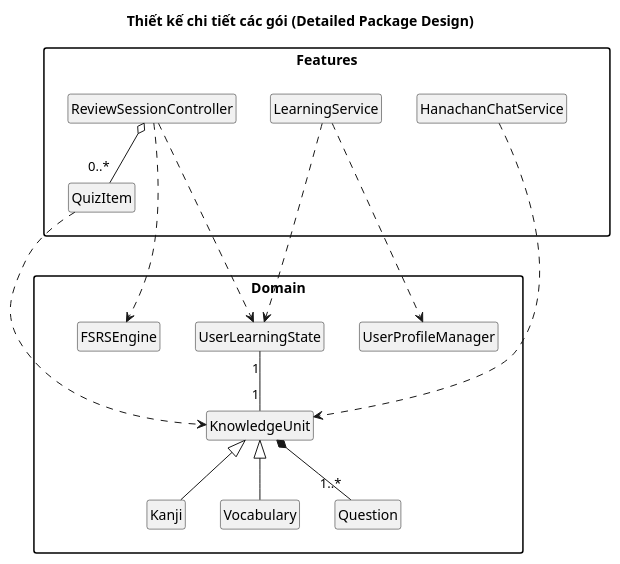
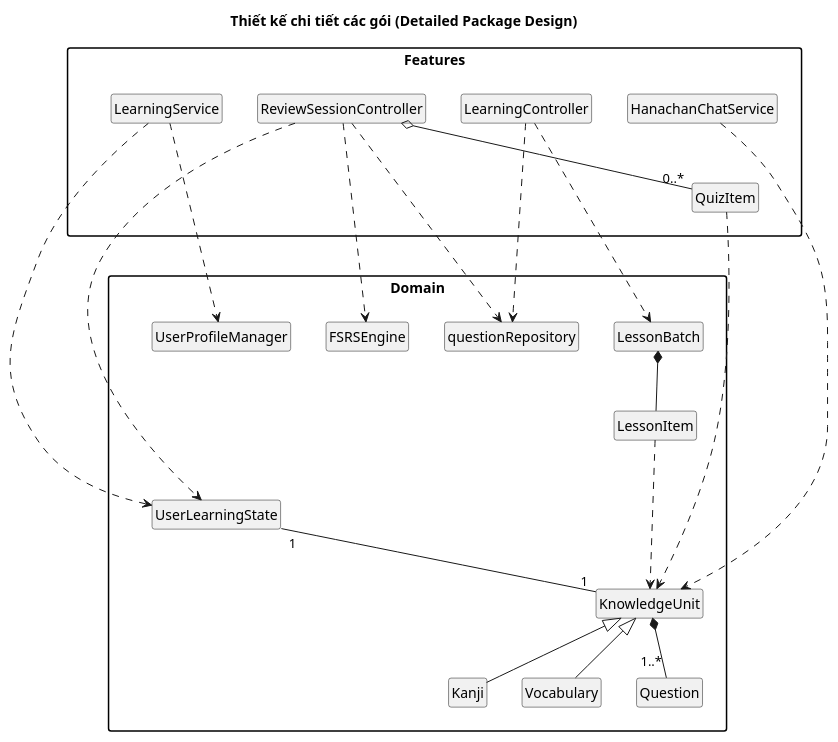
Before and after one commit to anhtranguyen-github/Hanachan: the diagram in docs/uml-package/detailed-design.md, drawn with PlantUML. The commit also changed 20 other files, not shown here.

First line of the commit message:
docs(arch): update ER and package diagrams for Hanachan v2

```diff
--- a/docs/uml-package/detailed-design.md
+++ b/docs/uml-package/detailed-design.md
@@ -1,48 +1,57 @@
 @startuml
 title Thiết kế chi tiết các gói (Detailed Package Design)
 top to bottom direction
 skinparam packageStyle rectangle
 skinparam shadowing false
 hide circle
 hide members
 
 ' Tầng Features
 package "Features" {
     class ReviewSessionController
+    class LearningController
     class LearningService
     class HanachanChatService
     class QuizItem
 }
 
 ' Tầng Domain
 package "Domain" {
     class KnowledgeUnit
     class Kanji
     class Vocabulary
     class Question
     class FSRSEngine
     class UserLearningState
+    class LessonBatch
+    class LessonItem
     class UserProfileManager
+    class questionRepository
 }
 
 ' Force vertical alignment between packages
 Features -[hidden]down-> Domain
 
 ' Internal Domain Relations (Top-Down inside package)
 Kanji -up-|> KnowledgeUnit
 Vocabulary -up-|> KnowledgeUnit
 KnowledgeUnit *-- "1..*" Question
 UserLearningState "1" -- "1" KnowledgeUnit
 
 ' Internal Features Relations
 ReviewSessionController o-- "0..*" QuizItem
 
 ' Inter-Package Dependencies (Forcing Downward)
 ReviewSessionController -down..> FSRSEngine
 ReviewSessionController -down..> UserLearningState
+ReviewSessionController -down..> questionRepository
 LearningService -down..> UserLearningState
 LearningService -down..> UserProfileManager
 HanachanChatService -down..> KnowledgeUnit
 QuizItem -down..> KnowledgeUnit
+LearningController -down..> LessonBatch
+LearningController -down..> questionRepository
+LessonBatch *-- LessonItem
+LessonItem -down..> KnowledgeUnit
 
 @enduml
```
